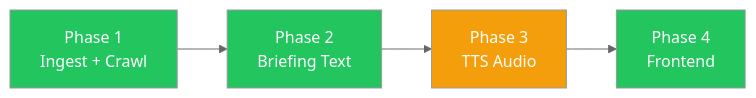
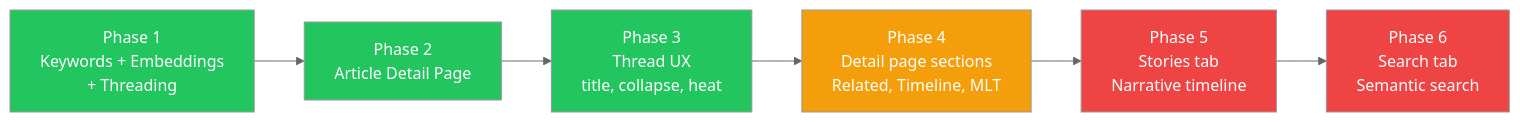
The sixth of 6 diagrams in docs/4-news-frontend.md (choym92/araverus), drawn with Mermaid (neutral theme) before and after one commit. The commit also changed other lines of this file and 16 other files, not shown here.

````diff
--- a/docs/4-news-frontend.md
+++ b/docs/4-news-frontend.md
@@ -361,11 +705,16 @@
 ```mermaid
 graph LR
-    P1[Phase 1<br/>Ingest + Crawl] --> P2[Phase 2<br/>Briefing Text]
-    P2 --> P3[Phase 3<br/>TTS Audio]
-    P3 --> P4[Phase 4<br/>Frontend]
+    P1[Phase 1<br/>Keywords + Embeddings<br/>+ Threading] --> P2[Phase 2<br/>Article Detail Page]
+    P2 --> P3[Phase 3<br/>Thread UX<br/>title, collapse, heat]
+
+    P3 --> P4[Phase 4<br/>Detail page sections<br/>Related, Timeline, MLT]
+    P4 --> P5[Phase 5<br/>Stories tab<br/>Narrative timeline]
+    P5 --> P6[Phase 6<br/>Search tab<br/>Semantic search]
 
     style P1 fill:#22c55e,color:#fff
     style P2 fill:#22c55e,color:#fff
-    style P3 fill:#f59e0b,color:#fff
-    style P4 fill:#22c55e,color:#fff
+    style P3 fill:#22c55e,color:#fff
+    style P4 fill:#f59e0b,color:#fff
+    style P5 fill:#ef4444,color:#fff
+    style P6 fill:#ef4444,color:#fff
 ```
````
